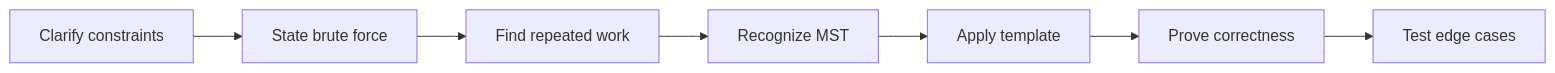
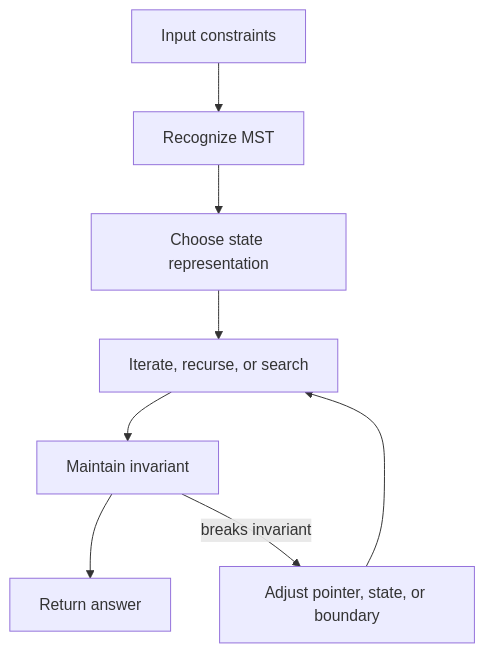
The second of 2 diagrams in coding-round/algorithms/mst/index.md (abstractinterviews/abstractinterviews.github.io), drawn with Mermaid before and after one commit. The commit also changed other lines of this file and 278 other files, not shown here.

````diff
--- a/coding-round/algorithms/mst/index.md
+++ b/coding-round/algorithms/mst/index.md
@@ -123,9 +121,10 @@
-~~~mermaid
-flowchart LR
-    A["Clarify constraints"] --> B["State brute force"]
-    B --> C["Find repeated work"]
-    C --> D["Recognize MST"]
-    D --> E["Apply template"]
-    E --> F["Prove correctness"]
-    F --> G["Test edge cases"]
-~~~
+```mermaid
+flowchart TD
+    Input["Input constraints"] --> Pattern["Recognize MST"]
+    Pattern --> State["Choose state representation"]
+    State --> Iterate["Iterate, recurse, or search"]
+    Iterate --> Check["Maintain invariant"]
+    Check --> Result["Return answer"]
+    Check -->|breaks invariant| Fix["Adjust pointer, state, or boundary"]
+    Fix --> Iterate
+```
````
